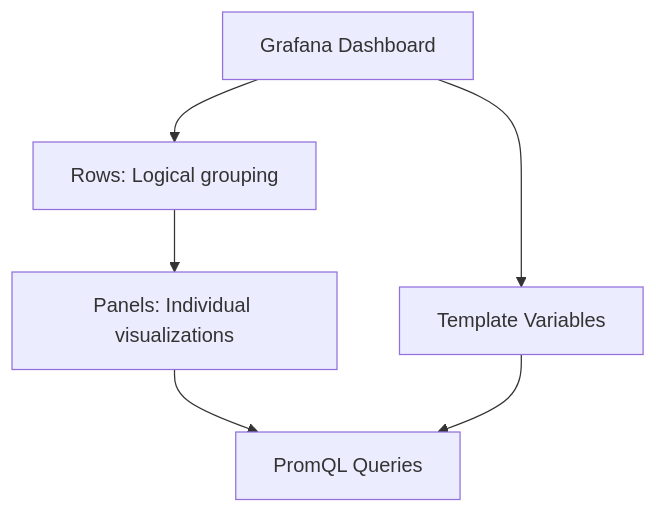
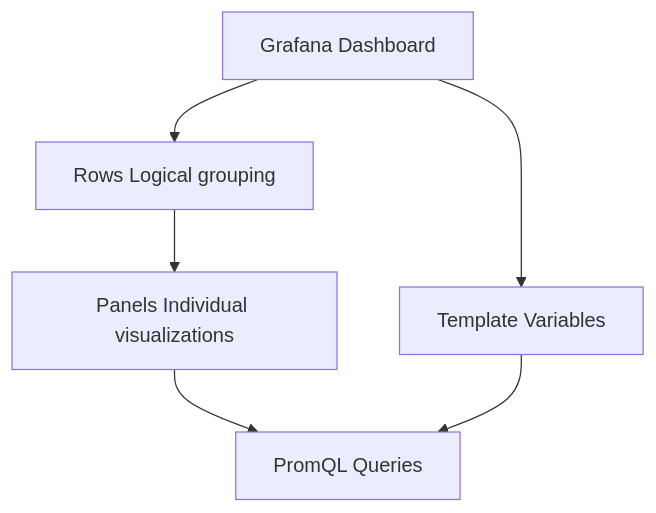
One commit to Tuee22/effectful changed the diagram in documents/tutorials/15_grafana_dashboards.md. Above: the diagram before and after it, drawn with Mermaid. The commit also changed 22 other files, not shown here.

````diff
--- a/documents/tutorials/15_grafana_dashboards.md
+++ b/documents/tutorials/15_grafana_dashboards.md
@@ -29,14 +29,14 @@
 ```mermaid
 flowchart TB
     Dashboard[Grafana Dashboard]
-    Rows[Rows: Logical grouping]
-    Panels[Panels: Individual visualizations]
+    Rows[Rows Logical grouping]
+    Panels[Panels Individual visualizations]
     Queries[PromQL Queries]
     Variables[Template Variables]
 
     Dashboard --> Rows
     Dashboard --> Variables
     Rows --> Panels
     Panels --> Queries
     Variables --> Queries
 ```
````
